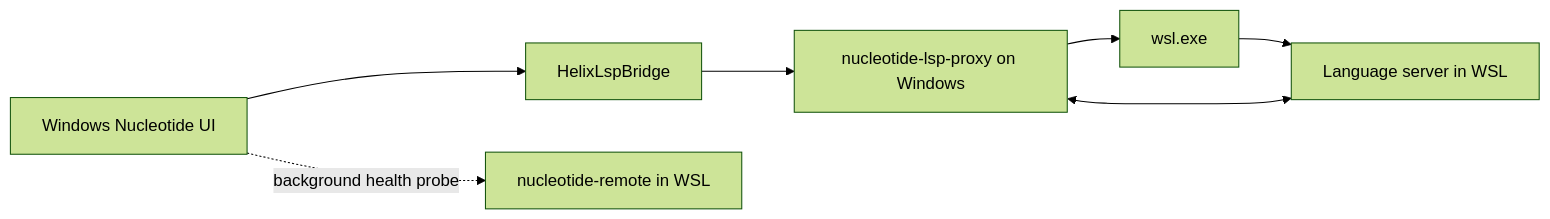
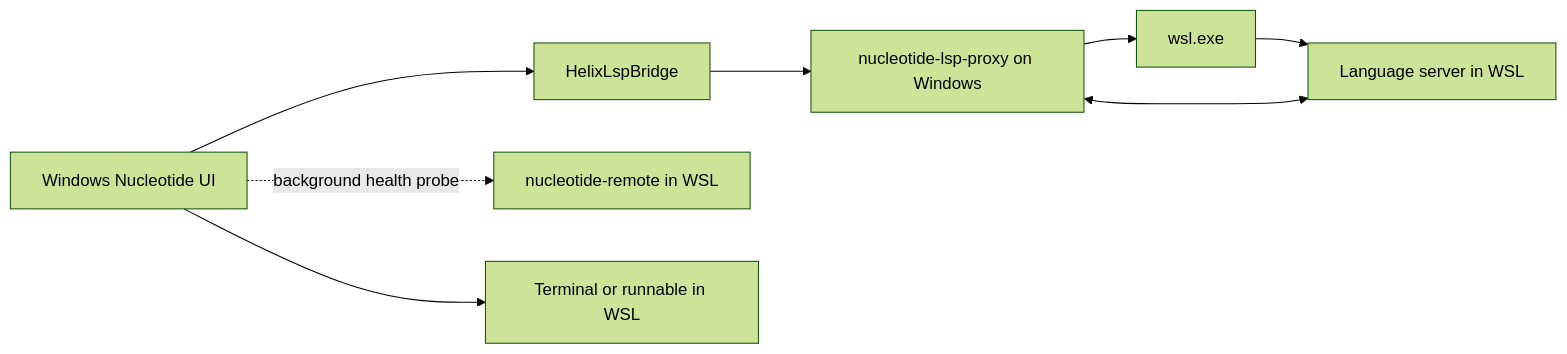
One commit to iainh/nucleotide changed the diagram in docs/wsl_remote_development.md. Above: the diagram before and after it, drawn with Mermaid (forest theme). The commit also changed other lines of this file, not shown here.

Commit message:
docs: note WSL terminal launch behavior

````diff
--- a/docs/wsl_remote_development.md
+++ b/docs/wsl_remote_development.md
@@ -52,16 +55,18 @@
 ```mermaid
 flowchart LR
     UI["Windows Nucleotide UI"]
     Bridge["HelixLspBridge"]
     Proxy["nucleotide-lsp-proxy on Windows"]
     WSL["wsl.exe"]
     Server["Language server in WSL"]
     Helper["nucleotide-remote in WSL"]
+    Terminal["Terminal or runnable in WSL"]
 
     UI --> Bridge
     Bridge --> Proxy
     Proxy --> WSL
     WSL --> Server
     UI -. "background health probe" .-> Helper
+    UI --> Terminal
     Proxy <--> Server
 ```
````
